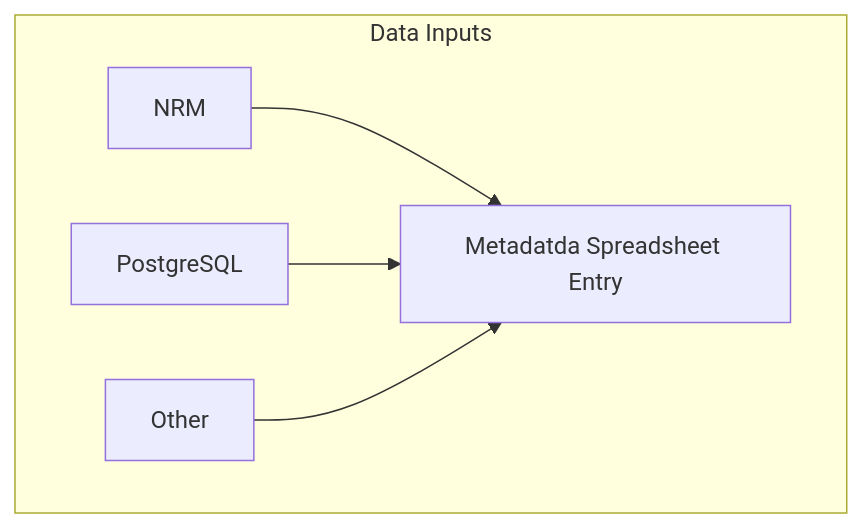
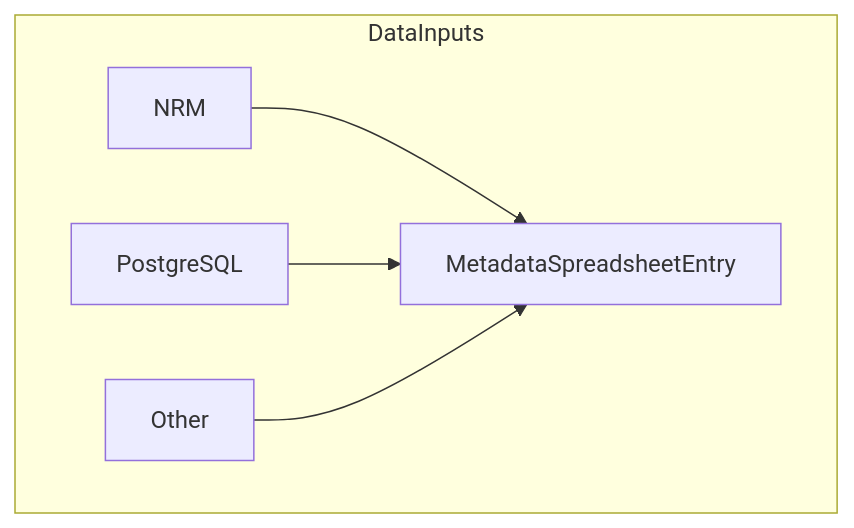
One commit to forestbytes/catalog changed the diagram in docs/metadata-architecture.md. Above: the diagram before and after it, drawn with Mermaid.

Commit message:
Basic architecture

````diff
--- a/docs/metadata-architecture.md
+++ b/docs/metadata-architecture.md
@@ -1,16 +1,15 @@
 ```mermaid
 
 flowchart TB
-  subgraph DataInputs[Data Inputs]
+  subgraph DataInputs
       direction LR
       NRM
       PostgreSQL
       Other
-      MetadataSpreadsheetEntry[Metadatda Spreadsheet Entry]
+      MetadataSpreadsheetEntry
   end
 
   NRM --> MetadataSpreadsheetEntry
   PostgreSQL --> MetadataSpreadsheetEntry
-  Other --> MetadataSpreadsheetEntry
-  
+  Other --> MetadataSpreadsheetEntry  
 ```
````
